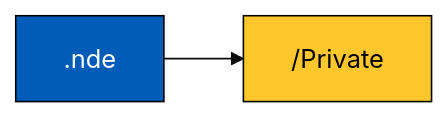
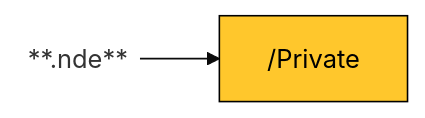
The diagram in site/docs/hdf5-structure/private-group.md (Evident-Industrial/NDE_Open_File_Format), drawn with Mermaid (base theme) before and after one commit. The commit also changed 90 other files, not shown here.

````diff
--- a/site/docs/hdf5-structure/private-group.md
+++ b/site/docs/hdf5-structure/private-group.md
@@ -3,7 +3,8 @@
 ``` mermaid
 flowchart LR
-  .nde[.nde]:::root --> Private["/Private"]:::group
-  classDef root fill:#005cb9,stroke:#000000,color:#fff
+  .nde[**.nde**]:::root --> Private["/Private"]:::group
+  .nde@{ shape: text}
+  classDef root fill:#fff
   classDef group fill:#ffc72c,stroke:#000000,color:#000000
   classDef dataset fill:#fff,stroke:#000000,color:#000000
 ```
````
